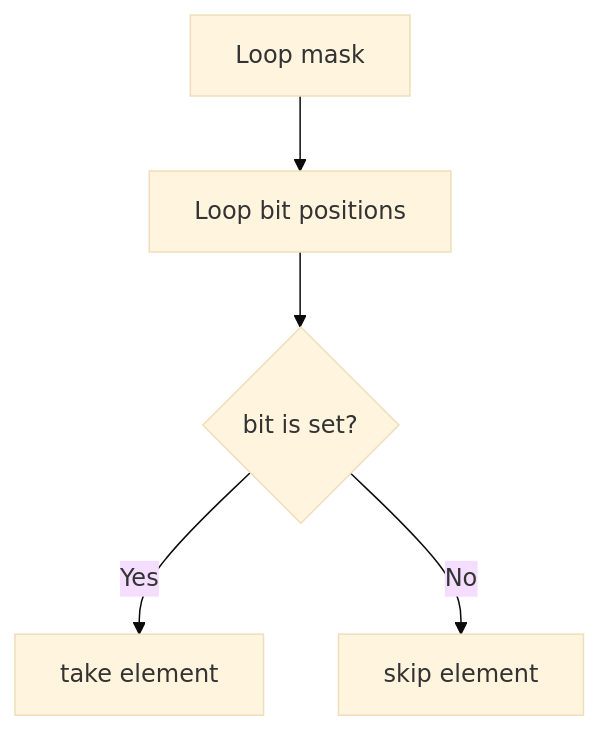
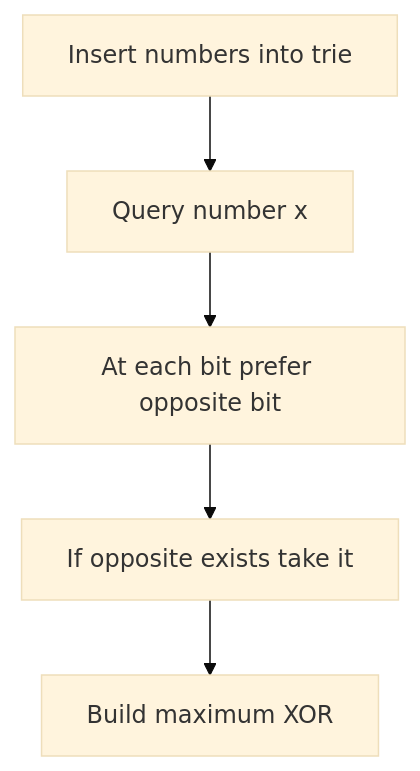
Before and after one commit to mthaiseer/springcloud-systemdesign-notes: diagram 20 of 22 in CP_DSA_NOTES/CONCEPT_FRAMEWORK_FORMS_TATICS/bitwise_playbook.md, drawn with Mermaid (base theme). The commit also changed other lines of this file, not shown here.

````diff
--- a/CP_DSA_NOTES/CONCEPT_FRAMEWORK_FORMS_TATICS/bitwise_playbook.md
+++ b/CP_DSA_NOTES/CONCEPT_FRAMEWORK_FORMS_TATICS/bitwise_playbook.md
@@ -573,7 +836,7 @@
 ```mermaid
 flowchart TD
-    A["Loop mask"] --> B["Loop bit positions"]
-    B --> C{"bit is set?"}
-    C -->|"Yes"| D["take element"]
-    C -->|"No"| E["skip element"]
+    A["Insert numbers into trie"] --> B["Query number x"]
+    B --> C["At each bit prefer opposite bit"]
+    C --> D["If opposite exists take it"]
+    D --> E["Build maximum XOR"]
 ```
````
